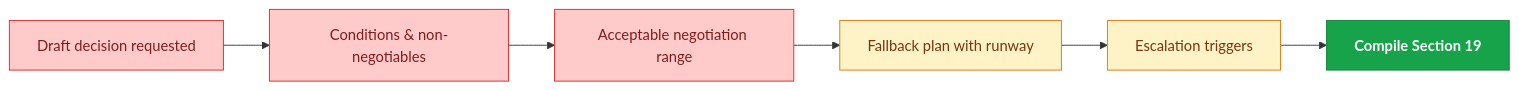
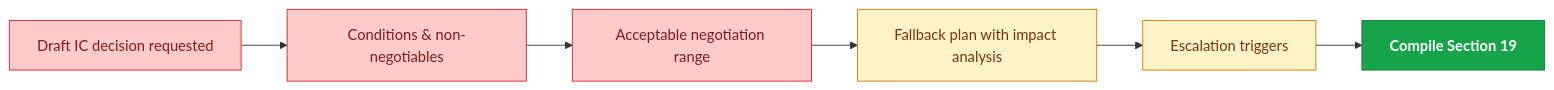
Diagram 15 of 16 in README.md (mrchanpark/IC-Memo-Flow-Chart-V2), drawn with Mermaid before and after one commit. The commit also changed other lines of this file and 2 other files, not shown here.

````diff
--- a/README.md
+++ b/README.md
@@ -387,11 +388,11 @@
 ```mermaid
 flowchart LR
-  A["Draft decision requested"]:::red --> B["Conditions & non-negotiables"]:::red
+  A["Draft IC decision requested"]:::red --> B["Conditions & non-negotiables"]:::red
   B --> C["Acceptable negotiation range"]:::red
-  C --> D["Fallback plan with runway"]:::yel
+  C --> D["Fallback plan with impact analysis"]:::yel
   D --> E["Escalation triggers"]:::yel
   E --> F["Compile Section 19"]:::grnC
   classDef red fill:#fecaca,stroke:#dc2626,color:#7f1d1d
   classDef yel fill:#fef3c7,stroke:#d97706,color:#78350f
   classDef grnC fill:#16a34a,stroke:#15803d,color:#fff,font-weight:700
 ```
````
